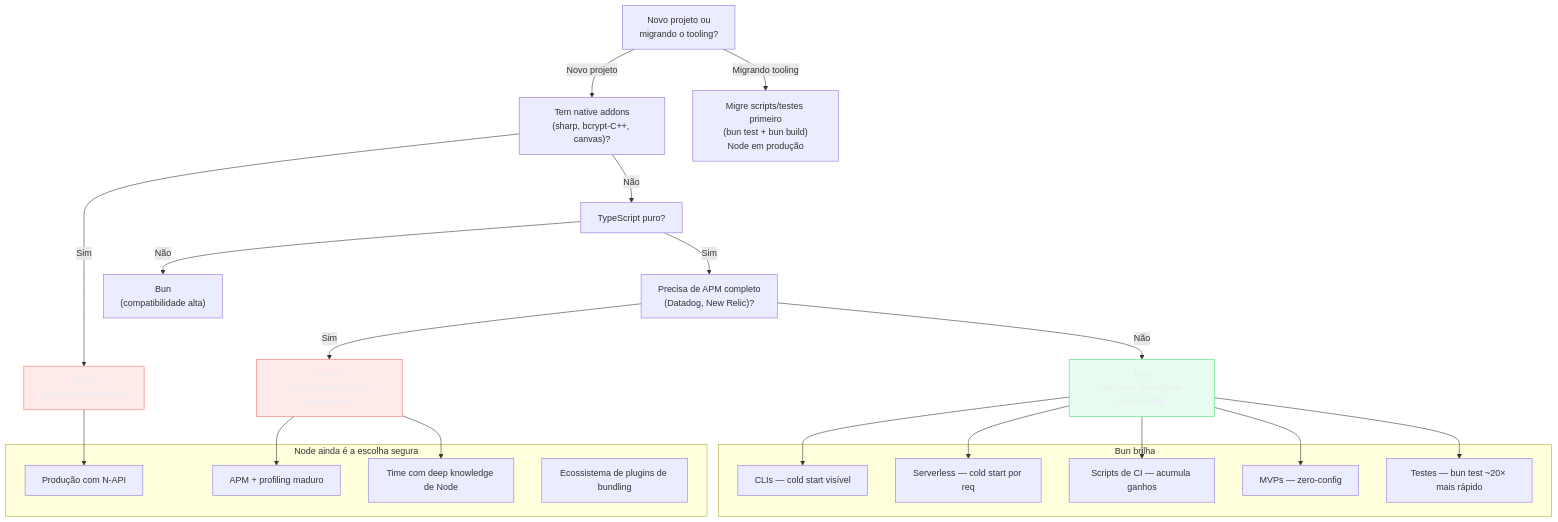
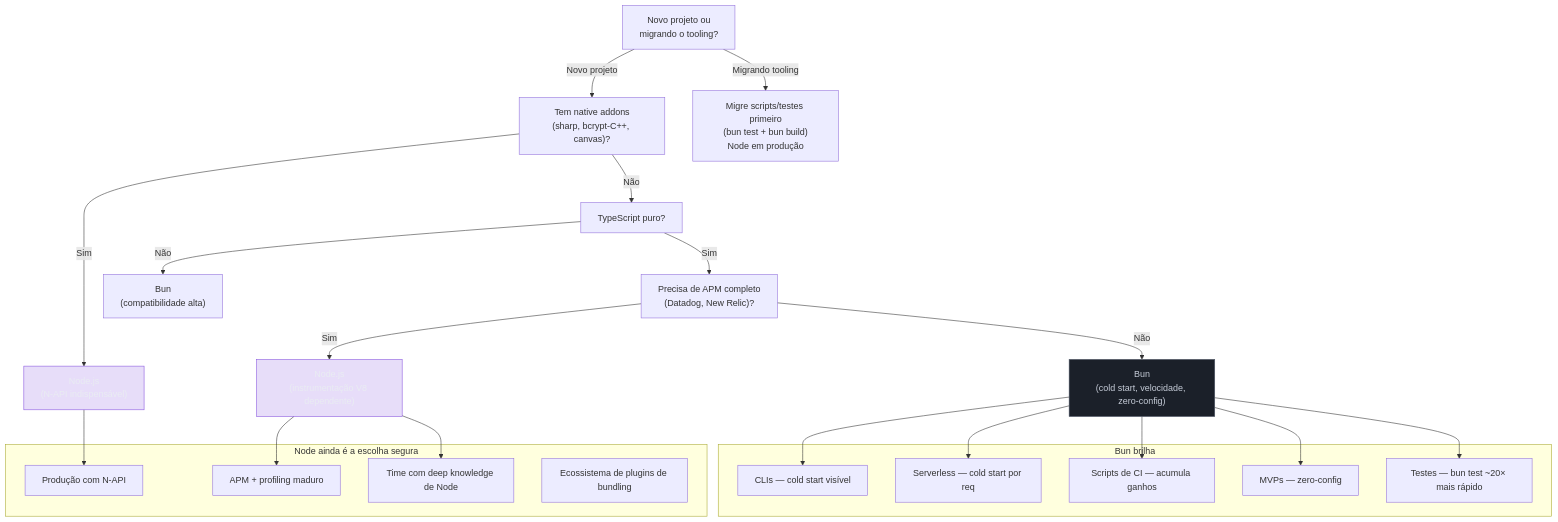
One commit to josenaldo/codex-technomanticus changed the eighth of 8 diagrams in 03-Dominios/Tecnologia/Tooling e Build/20 - Bun como runtime e toolkit all-in-one.md. Above: the diagram before and after it, drawn with Mermaid. The commit also changed 601 other files, not shown here.

````diff
--- a/03-Dominios/Tecnologia/Tooling e Build/20 - Bun como runtime e toolkit all-in-one.md
+++ b/03-Dominios/Tecnologia/Tooling e Build/20 - Bun como runtime e toolkit all-in-one.md
@@ -934,47 +934,47 @@
 ```mermaid
 flowchart TD
-    classDef ok fill:#4ADE8021,stroke:#4ADE80,color:#E9ECF2
-    classDef falha fill:#FF6B6B24,stroke:#FF6B6B,color:#E9ECF2
+    classDef marca fill:#8855DF33,stroke:#8855DF,color:#E9ECF2
+    classDef neutro fill:#1B2029,stroke:#4E5666,color:#C6CCD8
     A["Novo projeto ou\nmigrando o tooling?"]
 
     A -->|"Novo projeto"| B["Tem native addons\n(sharp, bcrypt-C++, canvas)?"]
     A -->|"Migrando tooling"| M["Migre scripts/testes primeiro\n(bun test + bun build)\nNode em produção"]
 
     B -->|"Sim"| C["Node.js\n(N-API indispensável)"]
     B -->|"Não"| D["TypeScript puro?"]
 
     D -->|"Sim"| E["Precisa de APM completo\n(Datadog, New Relic)?"]
     D -->|"Não"| F["Bun\n(compatibilidade alta)"]
 
     E -->|"Sim"| G["Node.js\n(instrumentação V8 dependente)"]
     E -->|"Não"| H["Bun\n(cold start, velocidade, zero-config)"]
 
     subgraph "Bun brilha"
         H1["CLIs — cold start visível"]
         H2["Serverless — cold start por req"]
         H3["Scripts de CI — acumula ganhos"]
         H4["MVPs — zero-config"]
         H5["Testes — bun test ~20× mais rápido"]
     end
 
     subgraph "Node ainda é a escolha segura"
         G1["Produção com N-API"]
         G2["APM + profiling maduro"]
         G3["Time com deep knowledge de Node"]
         G4["Ecossistema de plugins de bundling"]
     end
 
     H --> H1
     H --> H2
     H --> H3
     H --> H4
     H --> H5
 
     C --> G1
     G --> G2
     G --> G3
 
-    class H ok
-    class C falha
-    class G falha
+    class H neutro
+    class C marca
+    class G marca
 ```
````
